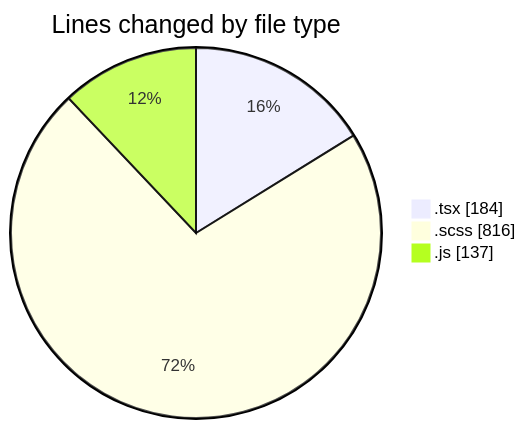
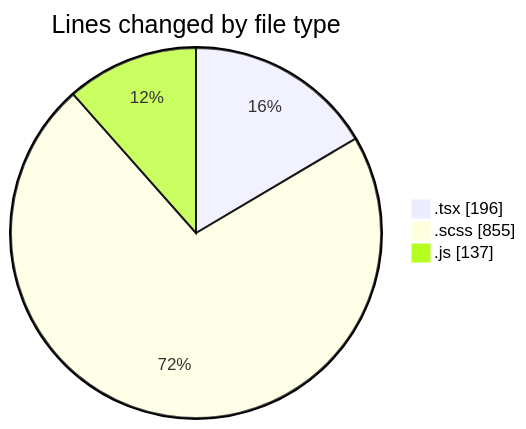
Before and after one commit to momahboobian/code-tracking: the first of 2 diagrams in 2026-03-25/cda/README.md, drawn with Mermaid. The commit also changed other lines of this file and 1 other file, not shown here.

````diff
--- a/2026-03-25/cda/README.md
+++ b/2026-03-25/cda/README.md
@@ -22,7 +22,7 @@
 ```mermaid
 pie showData
 title Lines changed by file type
-".tsx" : 184
-".scss" : 816
+".tsx" : 196
+".scss" : 855
 ".js" : 137
 ```
````
